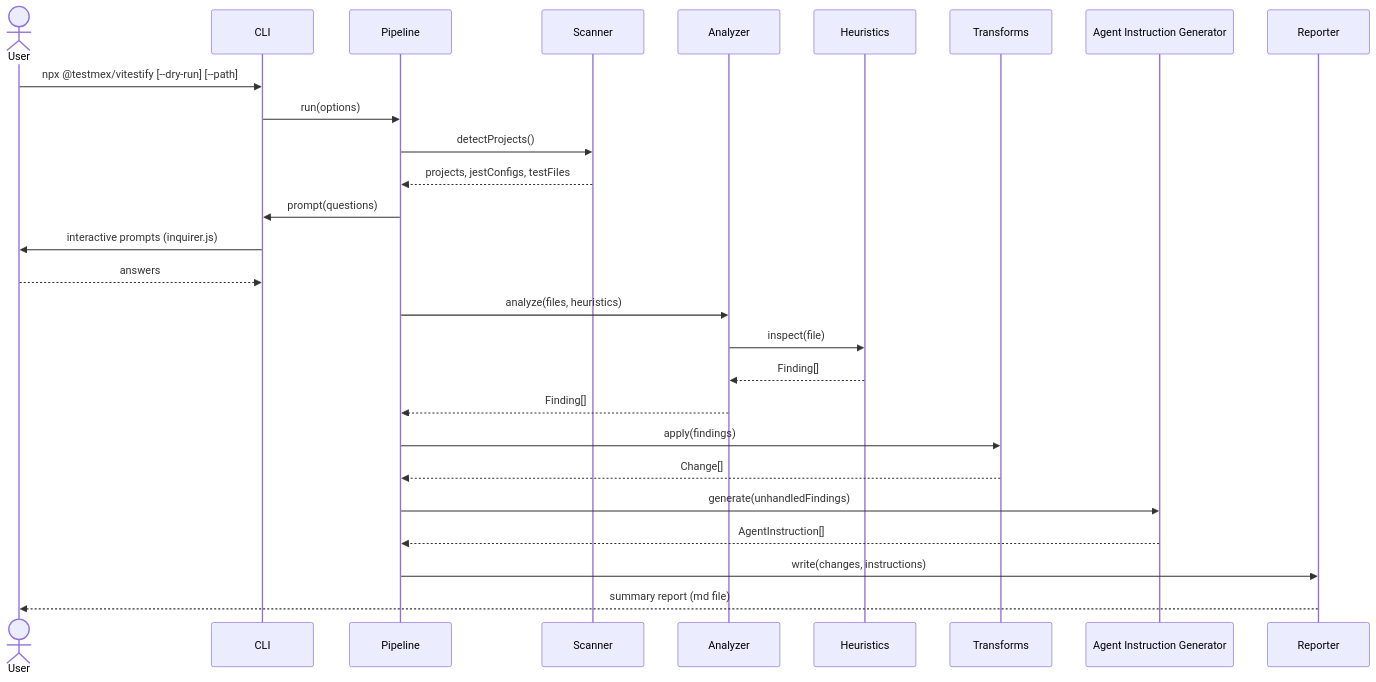
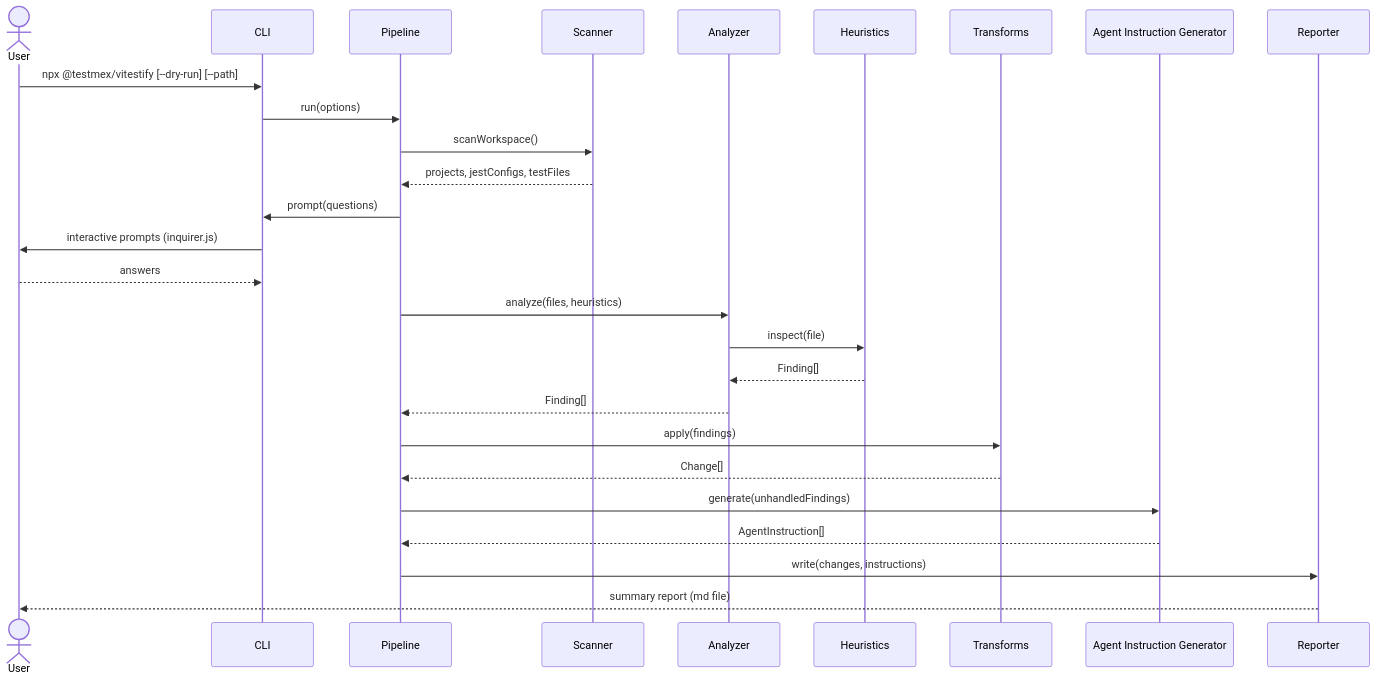
The first of 2 diagrams in design-docs/001-vitestify.md (testmex/testmex), drawn with Mermaid before and after one commit. The commit also changed 5 other files, not shown here.

````diff
--- a/design-docs/001-vitestify.md
+++ b/design-docs/001-vitestify.md
@@ -41,30 +41,30 @@
 ```mermaid
 sequenceDiagram
     actor User
     participant CLI
     participant Pipeline
     participant Scanner
     participant Analyzer
     participant Heuristics
     participant Transforms
     participant AgentGen as Agent Instruction Generator
     participant Reporter
 
     User->>CLI: npx @testmex/vitestify [--dry-run] [--path]
     CLI->>Pipeline: run(options)
-    Pipeline->>Scanner: detectProjects()
+    Pipeline->>Scanner: scanWorkspace()
     Scanner-->>Pipeline: projects, jestConfigs, testFiles
     Pipeline->>CLI: prompt(questions)
     CLI->>User: interactive prompts (inquirer.js)
     User-->>CLI: answers
     Pipeline->>Analyzer: analyze(files, heuristics)
     Analyzer->>Heuristics: inspect(file)
     Heuristics-->>Analyzer: Finding[]
     Analyzer-->>Pipeline: Finding[]
     Pipeline->>Transforms: apply(findings)
     Transforms-->>Pipeline: Change[]
     Pipeline->>AgentGen: generate(unhandledFindings)
     AgentGen-->>Pipeline: AgentInstruction[]
     Pipeline->>Reporter: write(changes, instructions)
     Reporter-->>User: summary report (md file)
 ```
````
